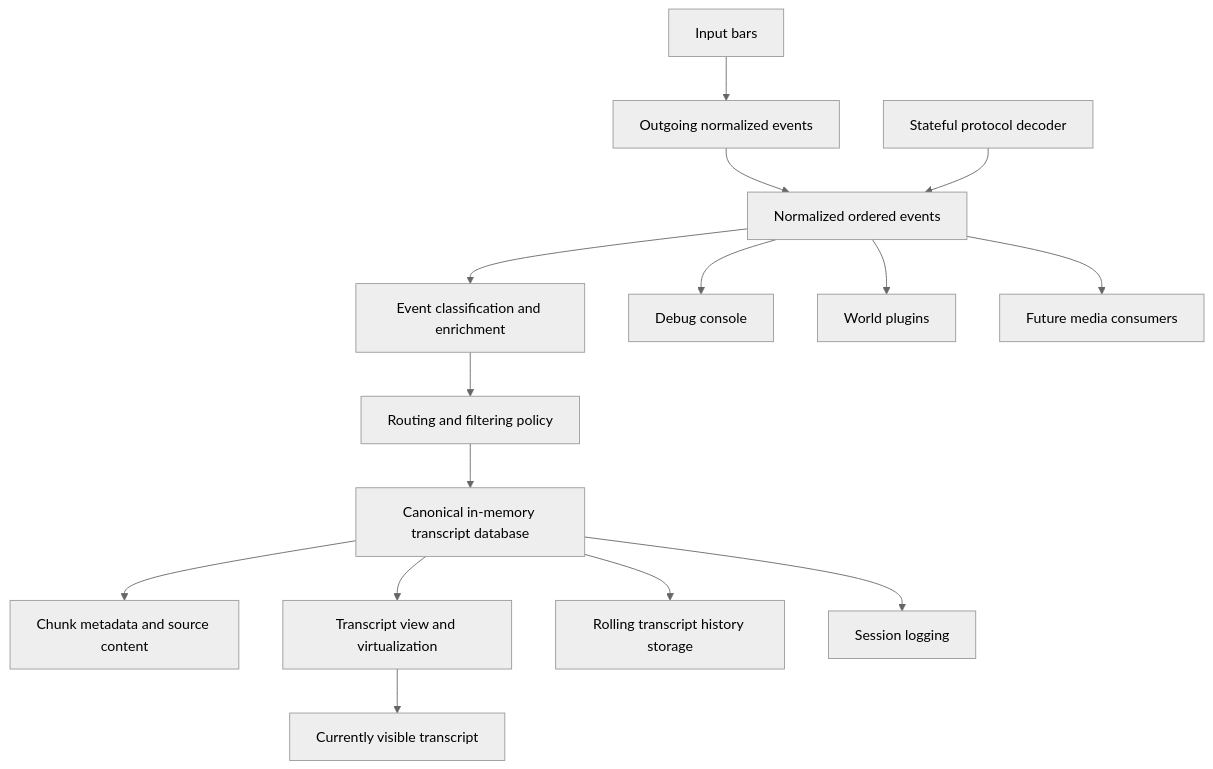
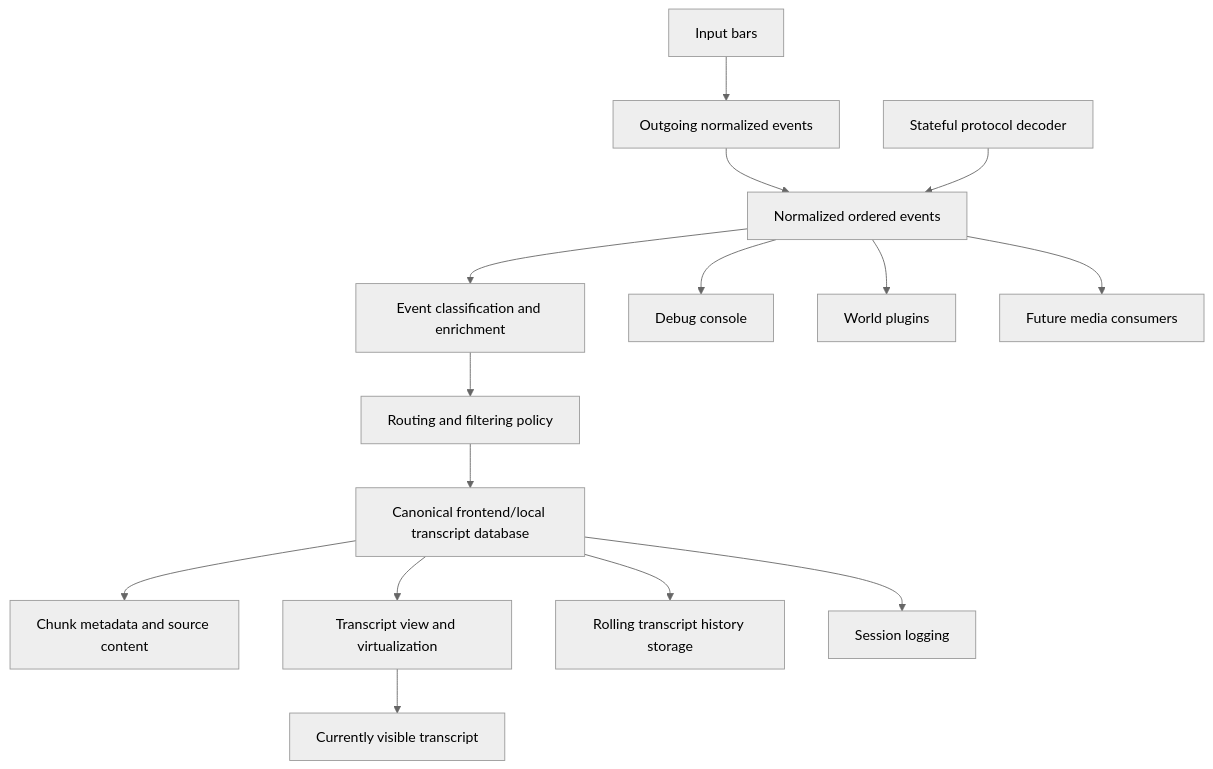
The second of 3 diagrams in PLAN_PROTOCOLS.md (kspdrgn/MUDShow), drawn with Mermaid (neutral theme) before and after one commit. The commit also changed other lines of this file and 8 other files, not shown here.

````diff
--- a/PLAN_PROTOCOLS.md
+++ b/PLAN_PROTOCOLS.md
@@ -97,33 +97,33 @@
 ```mermaid
 flowchart TB
   Input[Input bars]
   Decoder[Stateful protocol decoder]
   Outgoing[Outgoing normalized events]
   Ordered[Normalized ordered events]
   Classify[Event classification and enrichment]
   Route[Routing and filtering policy]
-  Store[Canonical in-memory transcript database]
+  Store[Canonical frontend/local transcript database]
   Metadata[Chunk metadata and source content]
   View[Transcript view and virtualization]
   Visible[Currently visible transcript]
   History[Rolling transcript history storage]
   Logging[Session logging]
   Debug[Debug console]
   Plugins[World plugins]
   Media[Future media consumers]
 
   Input --> Outgoing
   Outgoing --> Ordered
   Decoder --> Ordered
   Ordered --> Classify
   Classify --> Route
   Route --> Store
   Store --> Metadata
   Store --> View
   View --> Visible
   Store --> History
   Store --> Logging
   Ordered --> Debug
   Ordered --> Plugins
   Ordered --> Media
 ```
````
